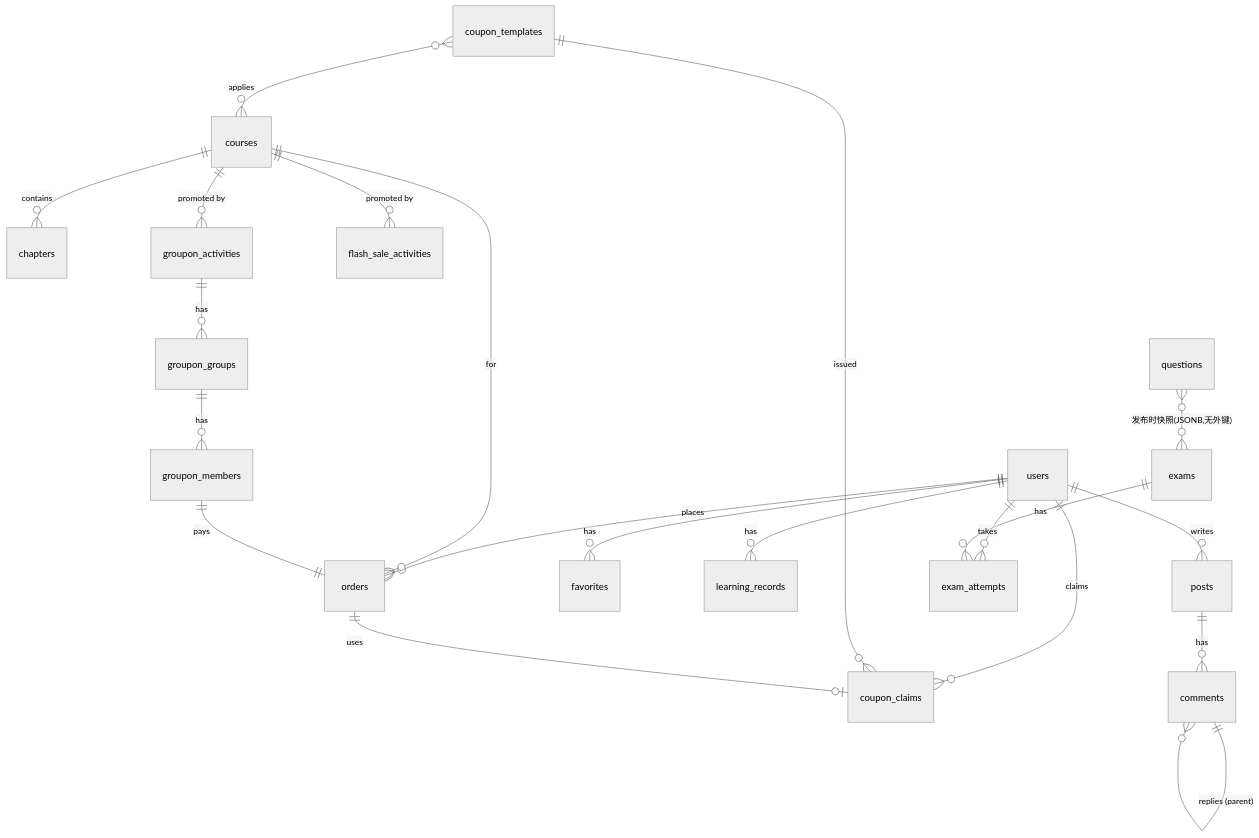
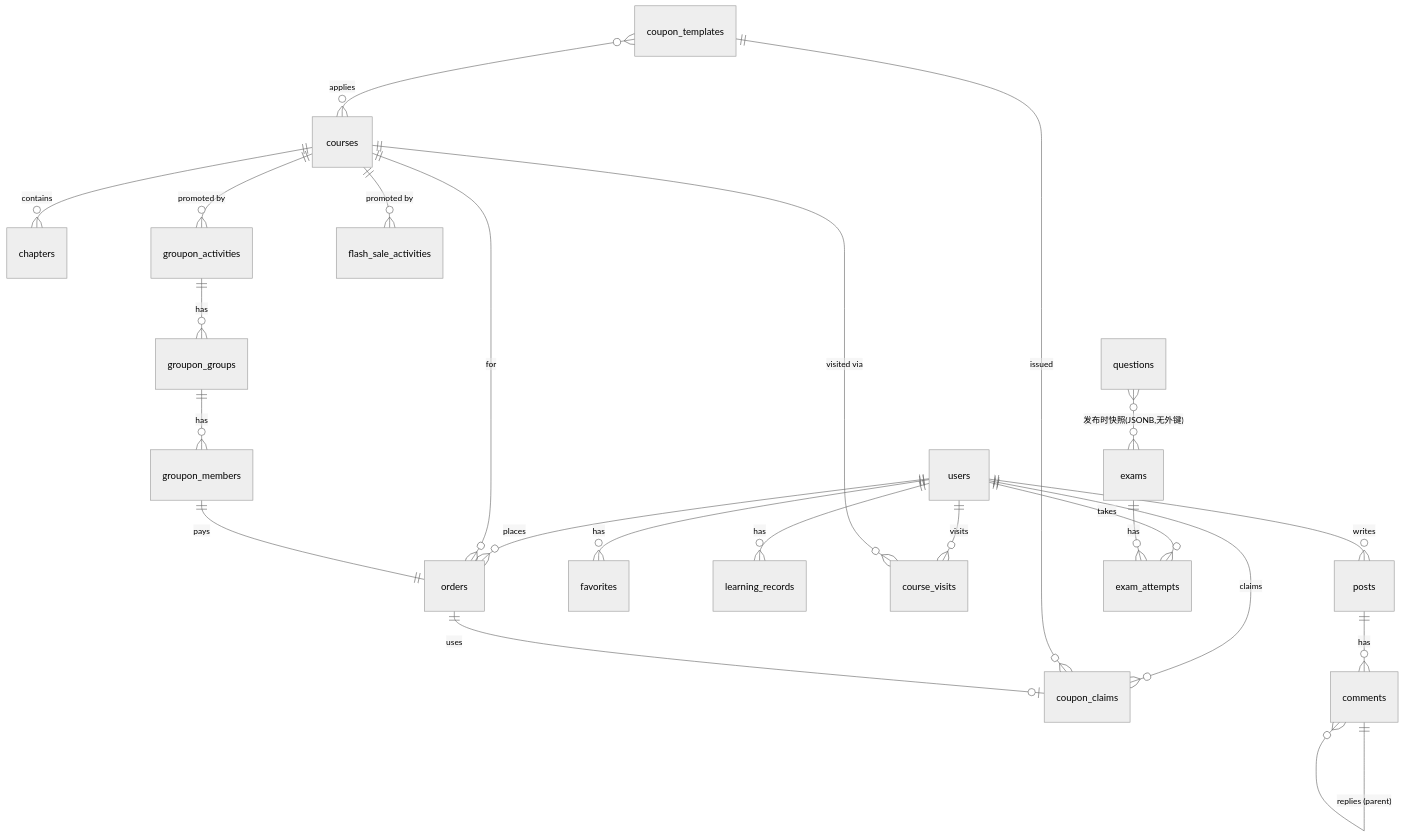
Before and after one commit to Vicik/online-education-qoder: the diagram in backend/接口设计文档.md, drawn with Mermaid (neutral theme). The commit also changed other lines of this file and 8 other files, not shown here.

````diff
--- a/backend/接口设计文档.md
+++ b/backend/接口设计文档.md
@@ -256,23 +256,25 @@
 ```mermaid
 erDiagram
   users ||--o{ orders : places
   users ||--o{ coupon_claims : claims
   users ||--o{ favorites : has
   users ||--o{ learning_records : has
+  users ||--o{ course_visits : visits
   users ||--o{ posts : writes
   users ||--o{ exam_attempts : takes
   courses ||--o{ chapters : contains
   courses ||--o{ orders : for
   courses ||--o{ groupon_activities : "promoted by"
   courses ||--o{ flash_sale_activities : "promoted by"
+  courses ||--o{ course_visits : "visited via"
   coupon_templates ||--o{ coupon_claims : issued
   coupon_templates }o--o{ courses : applies
   orders ||--o| coupon_claims : uses
   groupon_activities ||--o{ groupon_groups : has
   groupon_groups ||--o{ groupon_members : has
   groupon_members ||--|| orders : pays
   exams ||--o{ exam_attempts : has
   questions }o--o{ exams : "发布时快照(JSONB,无外键)"
   posts ||--o{ comments : has
   comments ||--o{ comments : "replies (parent)"
 ```
````
